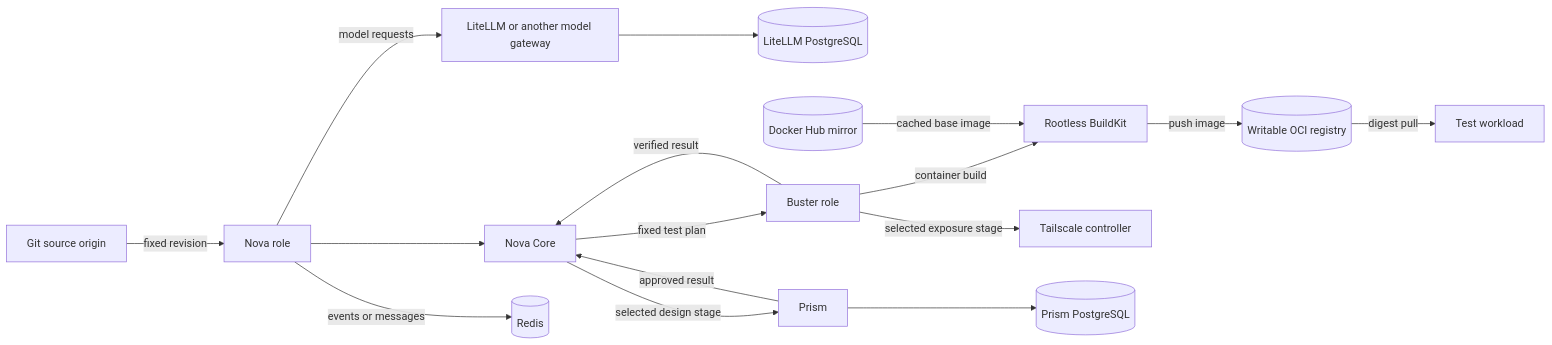
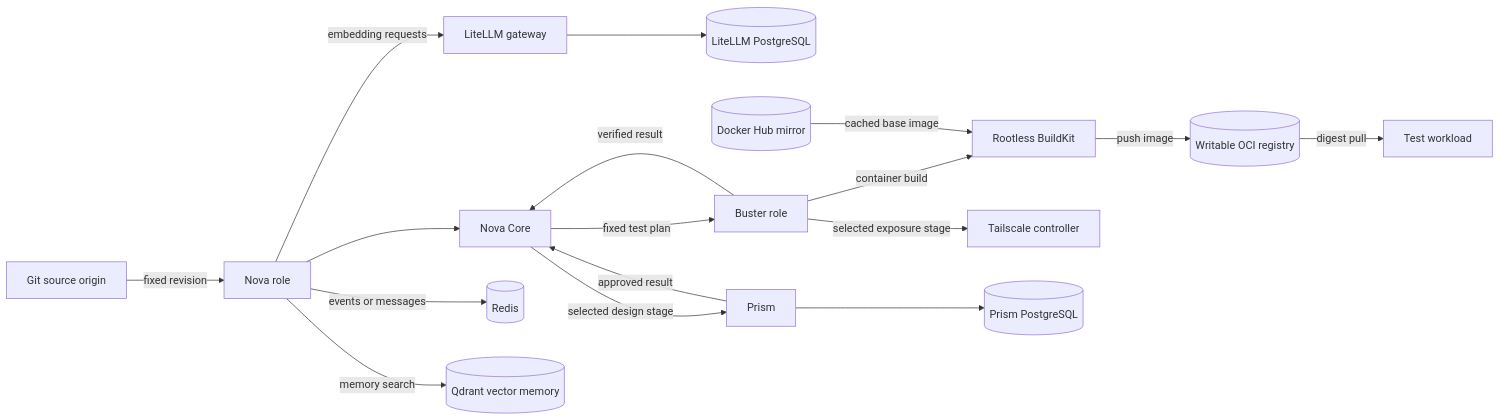
One commit to datrab/kubeclaw changed the diagram in docs/site/understand/pipeline-dependencies.md. Above: the diagram before and after it, drawn with Mermaid. The commit also changed other lines of this file and 3 other files, not shown here.

````diff
--- a/docs/site/understand/pipeline-dependencies.md
+++ b/docs/site/understand/pipeline-dependencies.md
@@ -60,18 +63,19 @@
 ```mermaid
 flowchart LR
     Git[Git source origin] -->|fixed revision| Nova[Nova role]
     Nova --> Core[Nova Core]
-    Nova -->|model requests| Model[LiteLLM or another model gateway]
+    Nova -->|embedding requests| Model[LiteLLM gateway]
     Model --> ModelDB[(LiteLLM PostgreSQL)]
     Nova -->|events or messages| Redis[(Redis)]
+    Nova -->|memory search| Qdrant[(Qdrant vector memory)]
     Core -->|fixed test plan| Buster[Buster role]
     Buster -->|container build| BuildKit[Rootless BuildKit]
     BuildKit -->|push image| Registry[(Writable OCI registry)]
     Mirror[(Docker Hub mirror)] -->|cached base image| BuildKit
     Registry -->|digest pull| TestPod[Test workload]
     Buster -->|selected exposure stage| Tail[Tailscale controller]
     Core -->|selected design stage| Prism[Prism]
     Prism --> PrismDB[(Prism PostgreSQL)]
     Buster -->|verified result| Core
     Prism -->|approved result| Core
 ```
````
